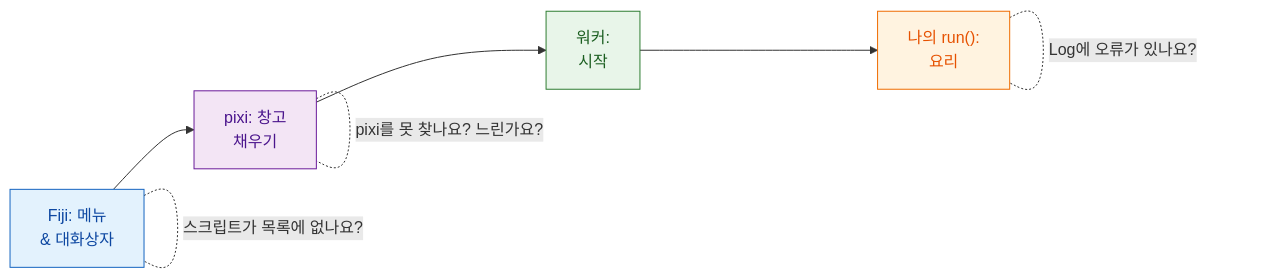
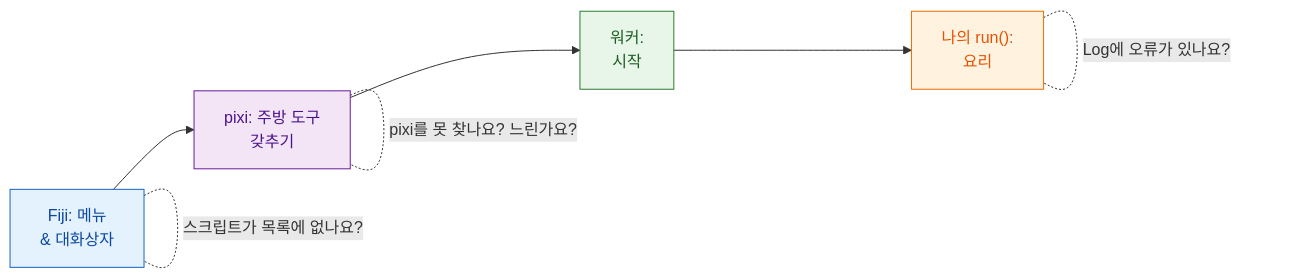
One commit to Oxford-Zeiss-Centre-of-Excellence/Wavu changed the diagram in guide/help/troubleshooting.ko.md. Above: the diagram before and after it, drawn with Mermaid. The commit also changed other lines of this file and 221 other files, not shown here.

````diff
--- a/guide/help/troubleshooting.ko.md
+++ b/guide/help/troubleshooting.ko.md
@@ -10,12 +10,12 @@
 ```mermaid
 flowchart LR
-    A["Fiji: 메뉴<br/>& 대화상자"]:::fiji --> B["pixi: 창고<br/>채우기"]:::env --> C["워커:<br/>시작"]:::worker --> D["나의 run():<br/>요리"]:::script
+    A["Fiji: 메뉴<br/>& 대화상자"]:::fiji --> B["pixi: 주방 도구<br/>갖추기"]:::env --> C["워커:<br/>시작"]:::worker --> D["나의 run():<br/>요리"]:::script
     A -. "스크립트가 목록에 없나요?" .- A
     B -. "pixi를 못 찾나요? 느린가요?" .- B
     D -. "Log에 오류가 있나요?" .- D
 
     classDef fiji   fill:#e3f2fd,stroke:#1565c0,color:#0d47a1
     classDef worker fill:#e8f5e9,stroke:#2e7d32,color:#1b5e20
     classDef script fill:#fff3e0,stroke:#ef6c00,color:#e65100
     classDef env    fill:#f3e5f5,stroke:#6a1b9a,color:#4a148c
 ```
````
